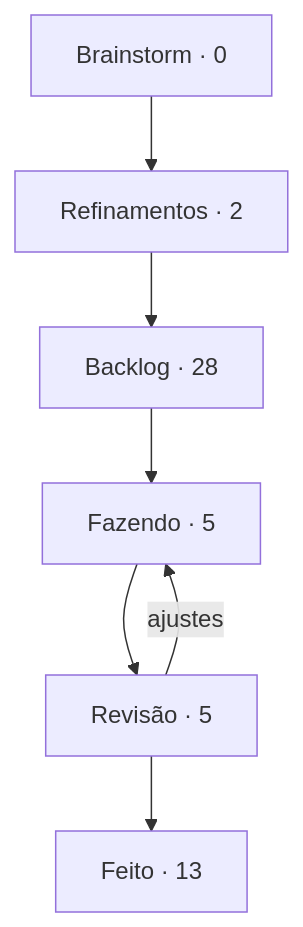
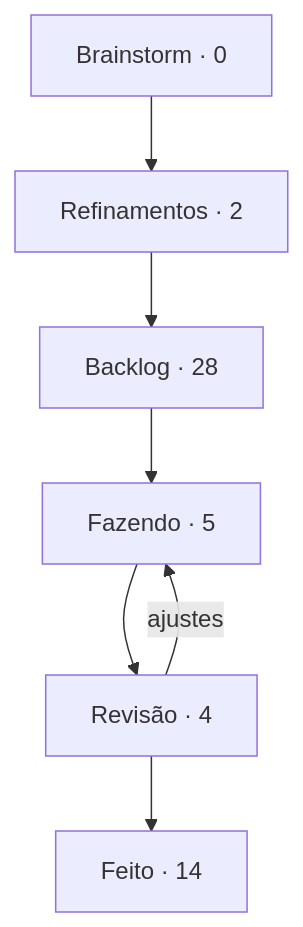
One commit to StudioVibi/VibiKanban changed the diagram in boards/dungeon-bend/BOARD.md. Above: the diagram before and after it, drawn with Mermaid. The commit also changed other lines of this file and 2 other files, not shown here.

````diff
--- a/boards/dungeon-bend/BOARD.md
+++ b/boards/dungeon-bend/BOARD.md
@@ -5,12 +5,12 @@
 ```mermaid
 flowchart TD
   brainstorm["Brainstorm · 0"] --> refinamentos["Refinamentos · 2"]
   refinamentos --> backlog["Backlog · 28"]
   backlog --> doing["Fazendo · 5"]
-  doing --> review["Revisão · 5"]
-  review --> done["Feito · 13"]
+  doing --> review["Revisão · 4"]
+  review --> done["Feito · 14"]
   review -->|ajustes| doing
   doing:::blue
   review:::yellow
   done:::green
 ```
````
